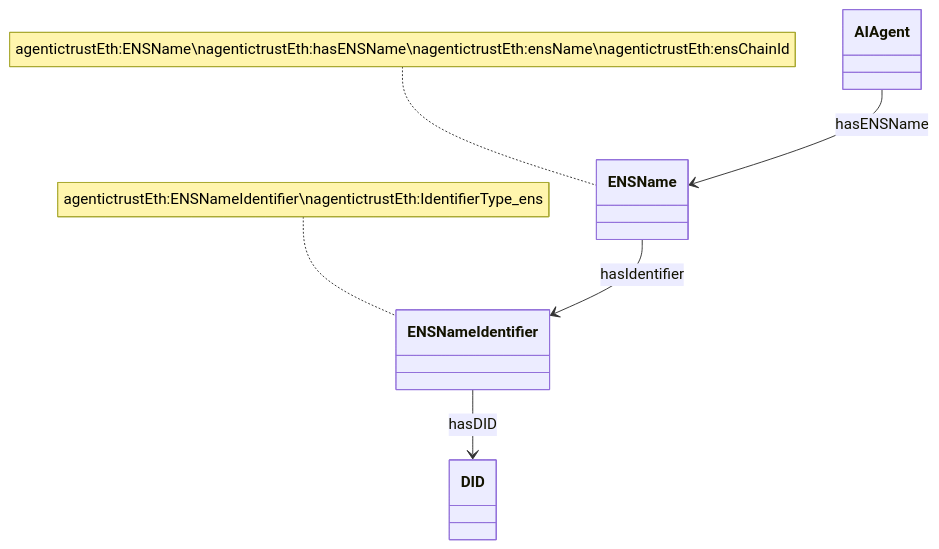
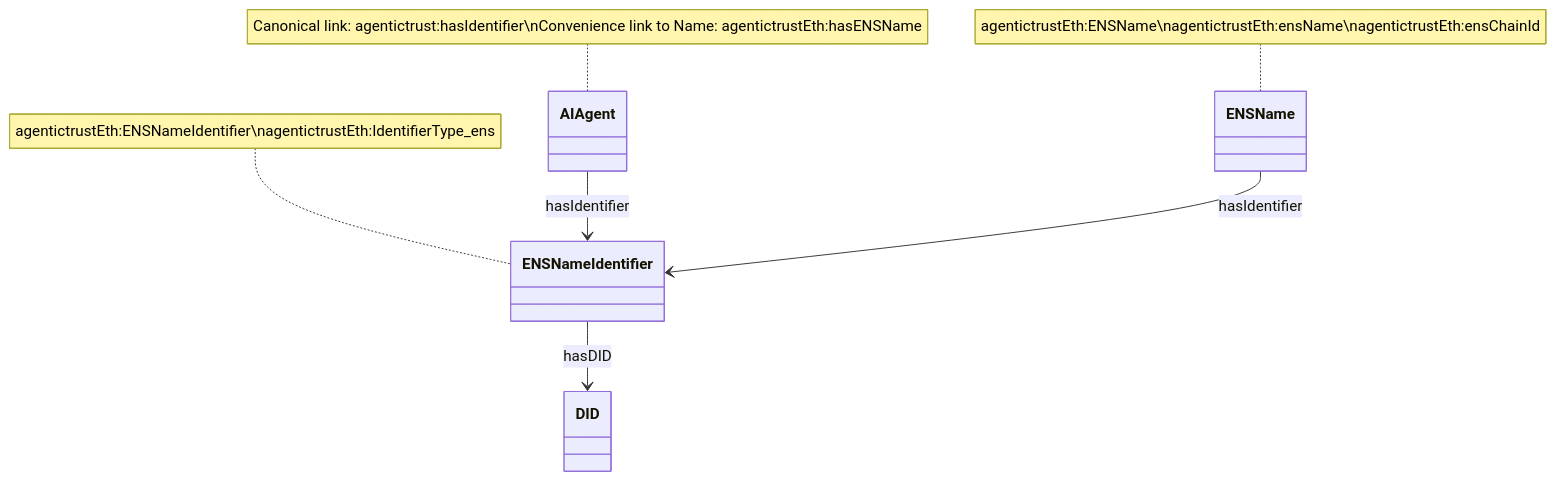
Before and after one commit to Agentic-Trust-Layer/agent-explorer: the fourth of 6 diagrams in docs/ontology/identifiers.md, drawn with Mermaid. The commit also changed other lines of this file, not shown here.

````diff
--- a/docs/ontology/identifiers.md
+++ b/docs/ontology/identifiers.md
@@ -163,14 +164,15 @@
 ```mermaid
 classDiagram
     class AIAgent
     class ENSName
     class ENSNameIdentifier
     class DID
     
-    AIAgent --> ENSName : hasENSName
+    AIAgent --> ENSNameIdentifier : hasIdentifier
     ENSName --> ENSNameIdentifier : hasIdentifier
     ENSNameIdentifier --> DID : hasDID
     
-    note for ENSName "agentictrustEth:ENSName\nagentictrustEth:hasENSName\nagentictrustEth:ensName\nagentictrustEth:ensChainId"
+    note for AIAgent "Canonical link: agentictrust:hasIdentifier\nConvenience link to Name: agentictrustEth:hasENSName"
+    note for ENSName "agentictrustEth:ENSName\nagentictrustEth:ensName\nagentictrustEth:ensChainId"
     note for ENSNameIdentifier "agentictrustEth:ENSNameIdentifier\nagentictrustEth:IdentifierType_ens"
 ```
````
